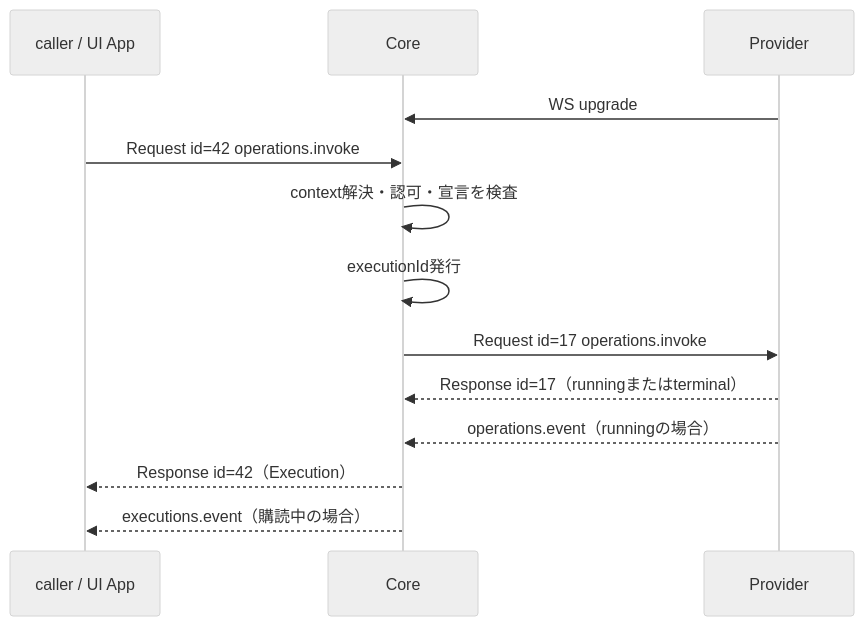
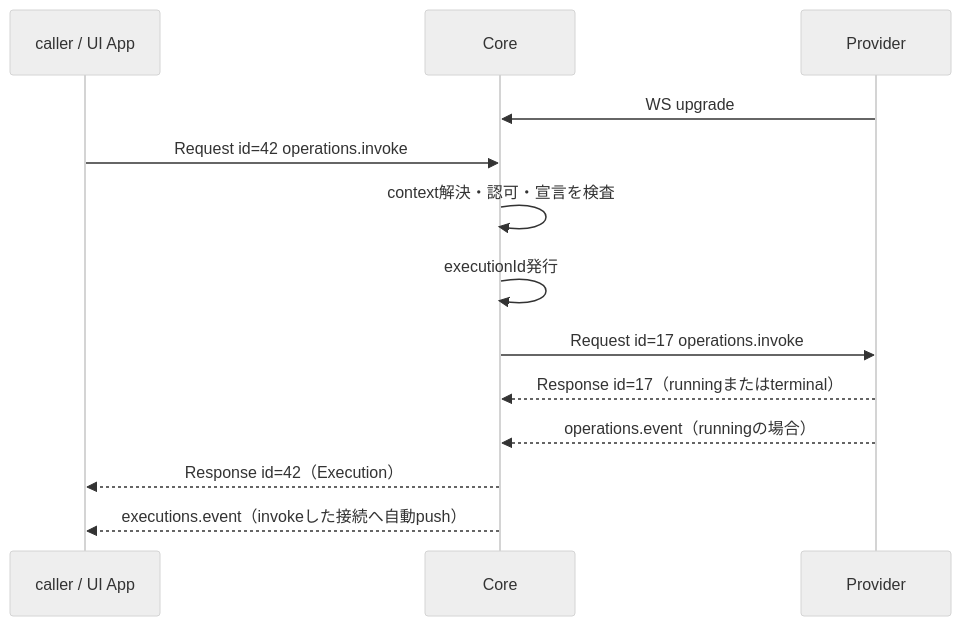
The second of 2 diagrams in docs/contracts/00004-plugin-client-protocol.md (naatin777/plugumi), drawn with Mermaid (neutral theme) before and after one commit. The commit also changed other lines of this file and 9 other files, not shown here.

````diff
--- a/docs/contracts/00004-plugin-client-protocol.md
+++ b/docs/contracts/00004-plugin-client-protocol.md
@@ -368,15 +375,15 @@
 ```mermaid
 sequenceDiagram
     participant A as caller / UI App
     participant C as Core
     participant B as Provider
     B->>C: WS upgrade
     A->>C: Request id=42 operations.invoke
     C->>C: context解決・認可・宣言を検査
     C->>C: executionId発行
     C->>B: Request id=17 operations.invoke
     B-->>C: Response id=17（runningまたはterminal）
     B-->>C: operations.event（runningの場合）
     C-->>A: Response id=42（Execution）
-    C-->>A: executions.event（購読中の場合）
+    C-->>A: executions.event（invokeした接続へ自動push）
 ```
````
